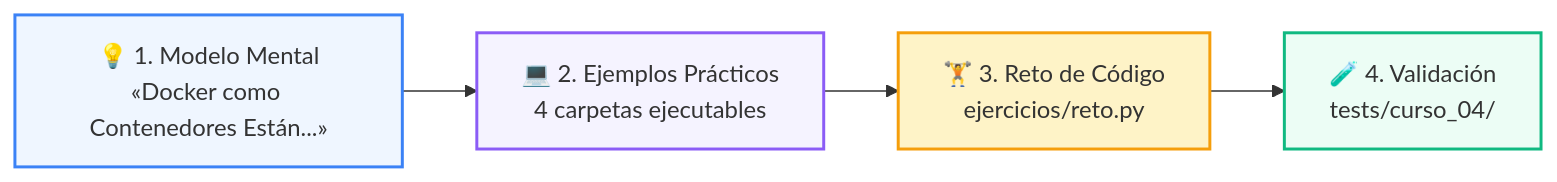
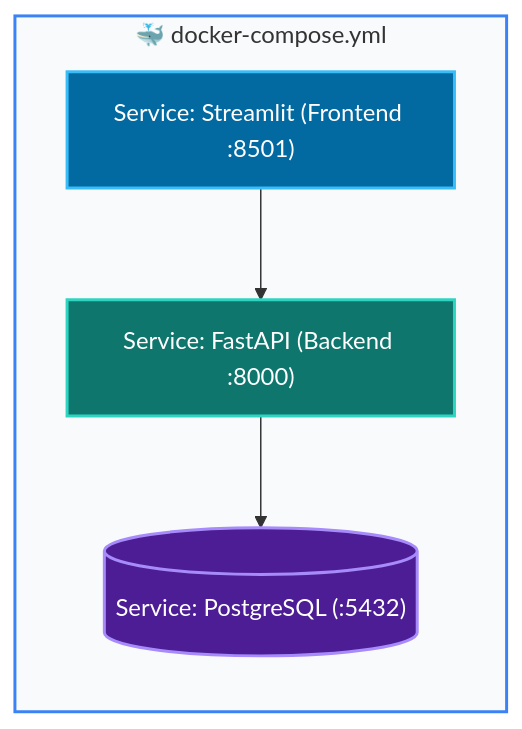
Before and after one commit to wisrovi/wisrovi-python: the diagram in 04-proyecto-final/clase-07-docker-y-compose/README.md, drawn with Mermaid. The commit also changed other lines of this file and 271 other files, not shown here.

Commit message:
docs: rewrite all README.md files with bespoke topic-specific Mermaid diagrams and remove repetitive boilerplate

````diff
--- a/04-proyecto-final/clase-07-docker-y-compose/README.md
+++ b/04-proyecto-final/clase-07-docker-y-compose/README.md
@@ -19,11 +12,15 @@
 ```mermaid
 flowchart LR
-    M["💡 1. Modelo Mental<br/>«Docker como Contenedores Están...»"] --> E["💻 2. Ejemplos Prácticos<br/>4 carpetas ejecutables"]
-    E --> R["🏋️ 3. Reto de Código<br/>ejercicios/reto.py"]
-    R --> T["🧪 4. Validación<br/>tests/curso_04/"]
+    subgraph Compose["🐳 docker-compose.yml"]
+        API["Service: FastAPI (Backend :8000)"]
+        UI["Service: Streamlit (Frontend :8501)"]
+        DB[("Service: PostgreSQL (:5432)")]
+        UI --> API
+        API --> DB
+    end
 
-    style M fill:#eff6ff,stroke:#3b82f6,stroke-width:2px
-    style E fill:#f5f3ff,stroke:#8b5cf6,stroke-width:2px
-    style R fill:#fef3c7,stroke:#f59e0b,stroke-width:2px
-    style T fill:#ecfdf5,stroke:#10b981,stroke-width:2px
+    style Compose fill:#f8fafc,stroke:#3b82f6,stroke-width:2px
+    style API fill:#0f766e,color:#fff,stroke:#2dd4bf,stroke-width:2px
+    style UI fill:#0369a1,color:#fff,stroke:#38bdf8,stroke-width:2px
+    style DB fill:#4c1d95,color:#fff,stroke:#a78bfa,stroke-width:2px
 ```
````
